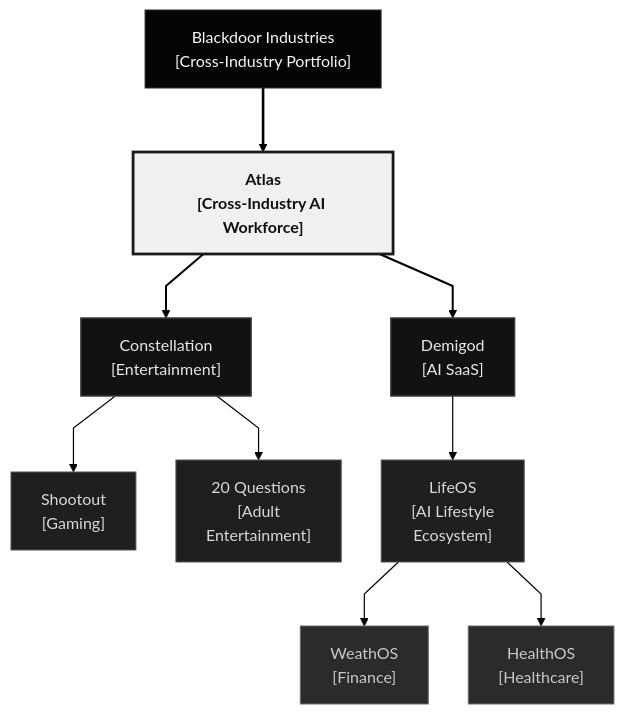
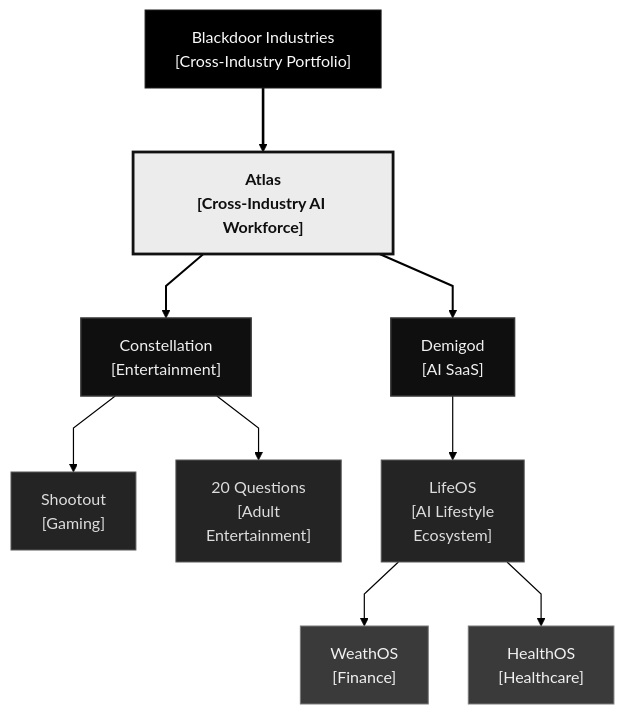
Before and after one commit to Blackdoor-Industries/.github: the first of 2 diagrams in profile/README.md, drawn with Mermaid. The commit also changed other lines of this file, not shown here.

Commit message:
Broaden monochrome org palette and add diagram legend

````diff
--- a/profile/README.md
+++ b/profile/README.md
@@ -41,48 +41,48 @@
 ```mermaid
 %%{init: {
   "theme": "base",
   "flowchart": {
     "curve": "linear",
     "nodeSpacing": 40,
     "rankSpacing": 64
   },
   "themeVariables": {
     "fontFamily": "Helvetica, Arial, sans-serif",
     "lineColor": "#000000",
     "textColor": "#eaeaea",
     "primaryColor": "#181818",
     "primaryBorderColor": "#454545",
     "tertiaryColor": "#121212",
     "background": "#ffffff"
   }
 }}%%
 flowchart TB
     BD["Blackdoor Industries<br/>[Cross-Industry Portfolio]"]:::holding
     ATLAS["Atlas<br/>[Cross-Industry AI Workforce]"]:::atlas
     CONST["Constellation<br/>[Entertainment]"]:::subsidiary
     DEMI["Demigod<br/>[AI SaaS]"]:::subsidiary
     SHOOT["Shootout<br/>[Gaming]"]:::product
     VN["20 Questions<br/>[Adult<br/>Entertainment]"]:::product
     LIFE["LifeOS<br/>[AI Lifestyle<br/>Ecosystem]"]:::product
     WEATH["WeathOS<br/>[Finance]"]:::module
     HEALTH["HealthOS<br/>[Healthcare]"]:::module
 
     BD ==> ATLAS
     ATLAS ==> CONST
     ATLAS ==> DEMI
     CONST --> SHOOT
     CONST --> VN
     DEMI --> LIFE
     LIFE --> WEATH
     LIFE --> HEALTH
 
-    classDef holding fill:#050505,stroke:#2f2f2f,stroke-width:1px,color:#f8f8f8
-    classDef atlas fill:#f0f0f0,stroke:#1a1a1a,stroke-width:2.8px,color:#101010,font-weight:700
-    classDef subsidiary fill:#121212,stroke:#3a3a3a,stroke-width:1.5px,color:#e8e8e8
-    classDef product fill:#1f1f1f,stroke:#555555,stroke-width:1px,color:#d9d9d9
-    classDef module fill:#2b2b2b,stroke:#6a6a6a,stroke-width:1px,color:#c9c9c9
+    classDef holding fill:#000000,stroke:#1f1f1f,stroke-width:1px,color:#fafafa
+    classDef atlas fill:#ececec,stroke:#111111,stroke-width:2.8px,color:#0f0f0f,font-weight:700
+    classDef subsidiary fill:#0f0f0f,stroke:#343434,stroke-width:1.5px,color:#f0f0f0
+    classDef product fill:#242424,stroke:#585858,stroke-width:1px,color:#dddddd
+    classDef module fill:#3a3a3a,stroke:#7a7a7a,stroke-width:1px,color:#f1f1f1
 
     linkStyle 0 stroke:#000000,stroke-width:2.6px
     linkStyle 1,2 stroke:#000000,stroke-width:2px
     linkStyle 3,4,5,6,7 stroke:#000000,stroke-width:1.2px
 ```
````
